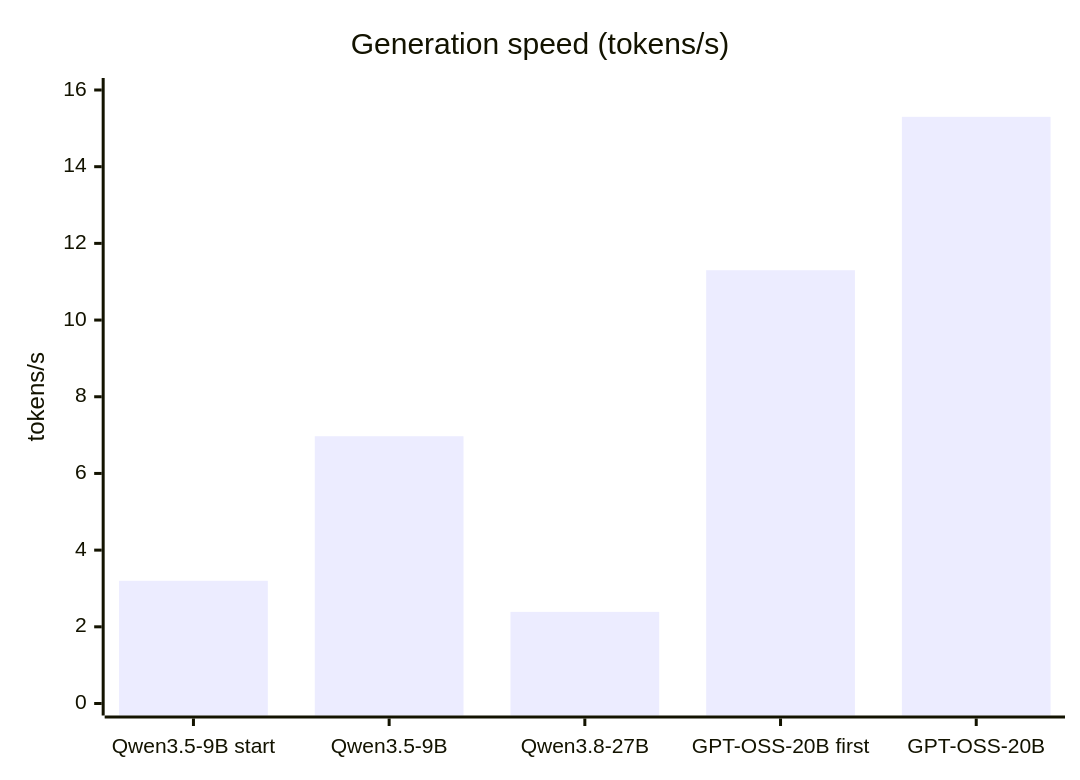
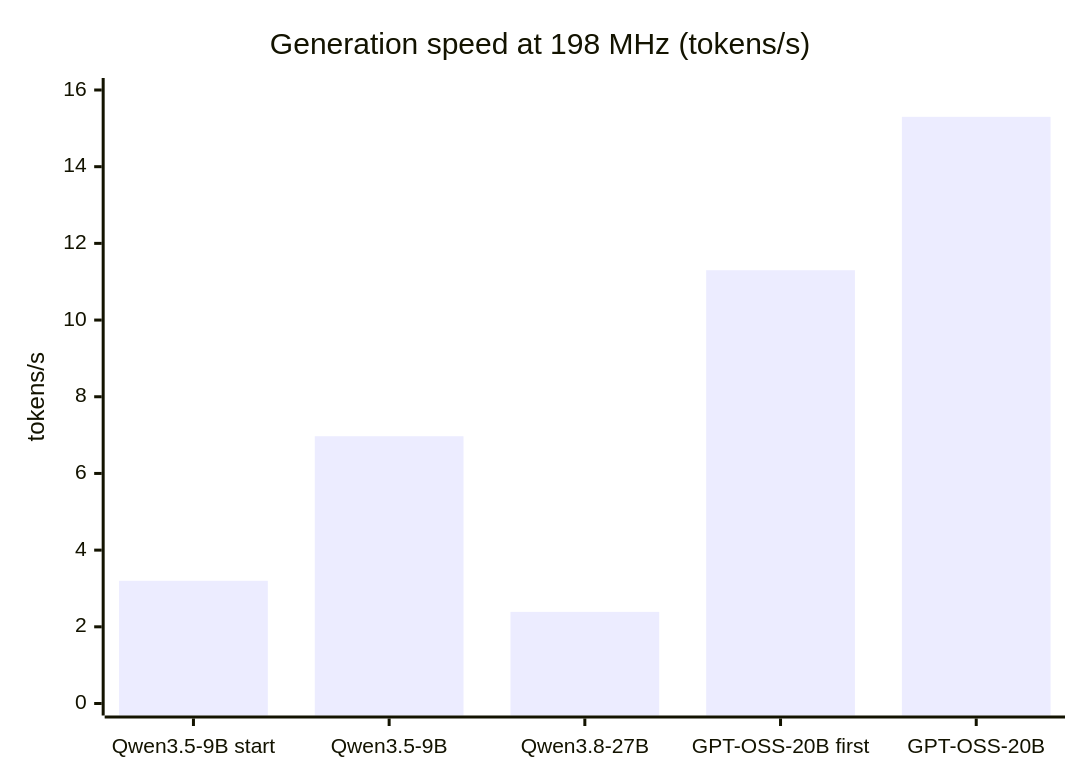
The second of 9 diagrams in models/apex-tp-llm/OVERVIEW.md (apex-compute/unified-engine), drawn with Mermaid before and after one commit. The commit also changed other lines of this file and 5 other files, not shown here.

````diff
--- a/models/apex-tp-llm/OVERVIEW.md
+++ b/models/apex-tp-llm/OVERVIEW.md
@@ -92,7 +94,7 @@
 ```mermaid
 xychart-beta
-    title "Generation speed (tokens/s)"
+    title "Generation speed at 198 MHz (tokens/s)"
     x-axis ["Qwen3.5-9B start", "Qwen3.5-9B", "Qwen3.8-27B", "GPT-OSS-20B first", "GPT-OSS-20B"]
     y-axis "tokens/s" 0 --> 16
     bar [3.2, 6.97, 2.39, 11.3, 15.3]
 ```
````
